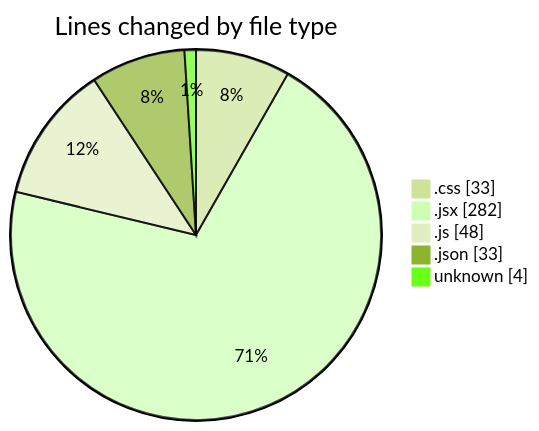
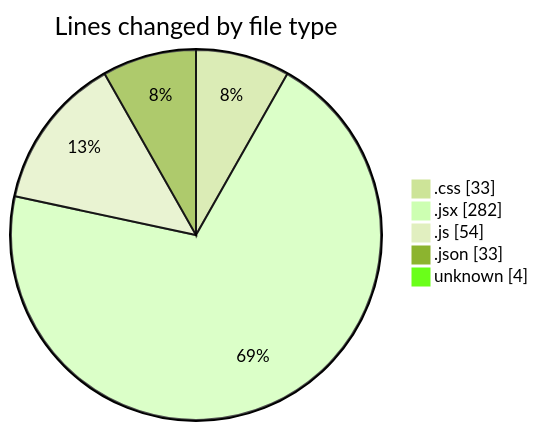
Before and after one commit to Elitesun/code-tracking: the first of 2 diagrams in 2025-02-14/elitegpt/README.md, drawn with Mermaid (forest theme). The commit also changed other lines of this file and 1 other file, not shown here.

````diff
--- a/2025-02-14/elitegpt/README.md
+++ b/2025-02-14/elitegpt/README.md
@@ -31,9 +31,9 @@
 ```mermaid
 pie showData
 title Lines changed by file type
 ".css" : 33
 ".jsx" : 282
-".js" : 48
+".js" : 54
 ".json" : 33
 "unknown" : 4
 ```
````
